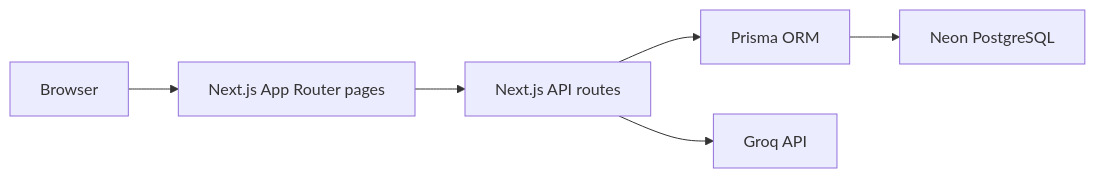
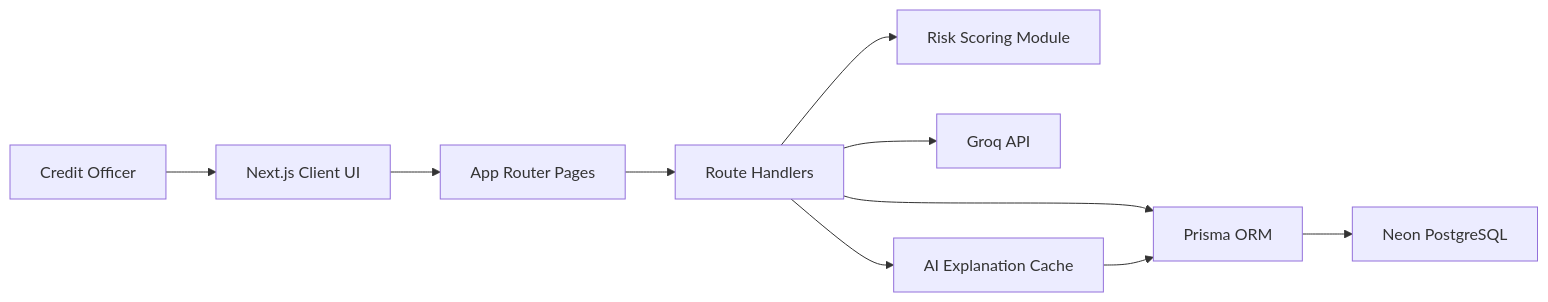
The first of 2 diagrams in README.md (urumb/loan-risk-platform), drawn with Mermaid before and after one commit. The commit also changed other lines of this file and 13 other files, not shown here.

````diff
--- a/README.md
+++ b/README.md
@@ -60,15 +47,12 @@
 ```mermaid
 flowchart LR
-  Browser["Browser"]
-  Pages["Next.js App Router pages"]
-  API["Next.js API routes"]
-  Prisma["Prisma ORM"]
-  Neon["Neon PostgreSQL"]
-  Groq["Groq API"]
-
-  Browser --> Pages
-  Pages --> API
-  API --> Prisma
-  Prisma --> Neon
-  API --> Groq
+  User["Credit Officer"] --> Browser["Next.js Client UI"]
+  Browser --> Pages["App Router Pages"]
+  Pages --> API["Route Handlers"]
+  API --> Risk["Risk Scoring Module"]
+  API --> Prisma["Prisma ORM"]
+  Prisma --> Neon["Neon PostgreSQL"]
+  API --> Groq["Groq API"]
+  API --> Cache["AI Explanation Cache"]
+  Cache --> Prisma
 ```
````
